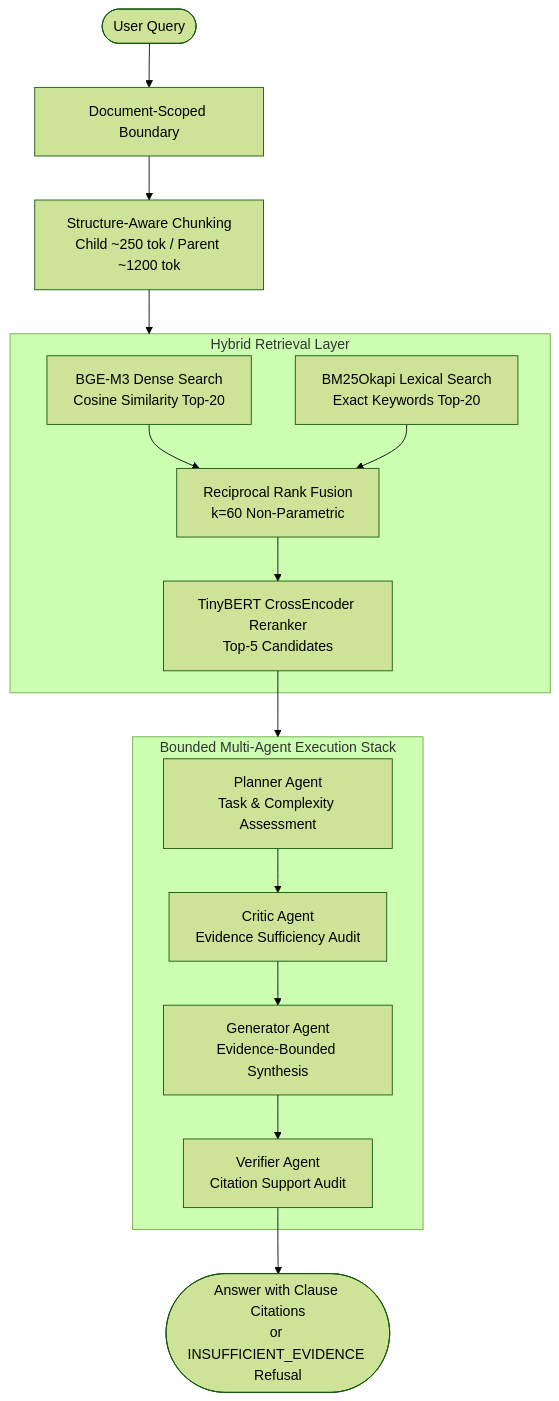
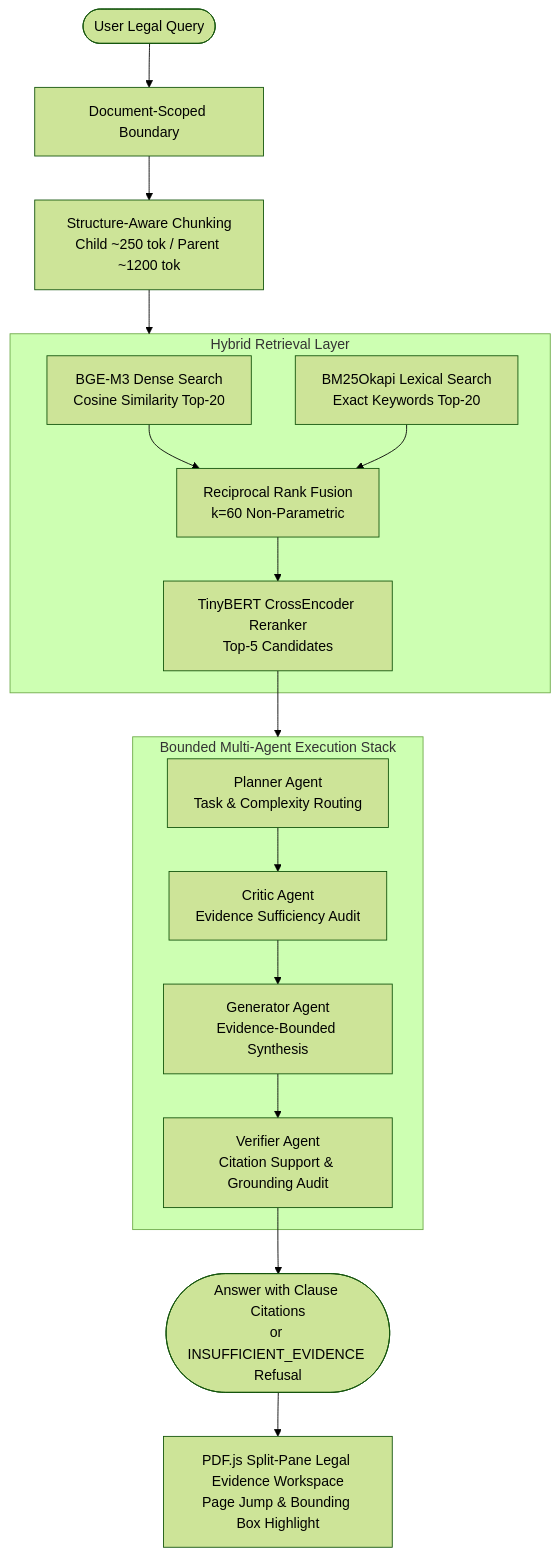
One commit to XLaiHuy/Multi-Agent-RAG changed the diagram in README.md. Above: the diagram before and after it, drawn with Mermaid (forest theme). The commit also changed other lines of this file and 44 other files, not shown here.

Commit message:
feat(product-rag-v4): enterprise legal evidence workspace, fail-closed retrieval, streaming & risk predicates

````diff
--- a/README.md
+++ b/README.md
@@ -92,29 +29,30 @@
 ```mermaid
 flowchart TD
-    User([User Query]) --> Scope[Document-Scoped Boundary]
+    User([User Legal Query]) --> Scope[Document-Scoped Boundary]
     Scope --> Ingestion[Structure-Aware Chunking\nChild ~250 tok / Parent ~1200 tok]
     Ingestion --> HybridRetrieval[Hybrid Retrieval Layer]
     
     subgraph HybridRetrieval [Hybrid Retrieval Layer]
         Dense[BGE-M3 Dense Search\nCosine Similarity Top-20]
         Sparse[BM25Okapi Lexical Search\nExact Keywords Top-20]
         Dense --> RRF[Reciprocal Rank Fusion\nk=60 Non-Parametric]
         Sparse --> RRF
         RRF --> CrossEncoder[TinyBERT CrossEncoder Reranker\nTop-5 Candidates]
     end
     
     CrossEncoder --> Agents[Multi-Agent Generation & Verification Stack]
     
     subgraph Agents [Bounded Multi-Agent Execution Stack]
-        Planner[Planner Agent\nTask & Complexity Assessment]
+        Planner[Planner Agent\nTask & Complexity Routing]
         Critic[Critic Agent\nEvidence Sufficiency Audit]
         Generator[Generator Agent\nEvidence-Bounded Synthesis]
-        Verifier[Verifier Agent\nCitation Support Audit]
+        Verifier[Verifier Agent\nCitation Support & Grounding Audit]
         
         Planner --> Critic
         Critic --> Generator
         Generator --> Verifier
     end
     
     Verifier --> Output([Answer with Clause Citations\nor INSUFFICIENT_EVIDENCE Refusal])
+    Output --> Workspace[PDF.js Split-Pane Legal Evidence Workspace\nPage Jump & Bounding Box Highlight]
 ```
````
